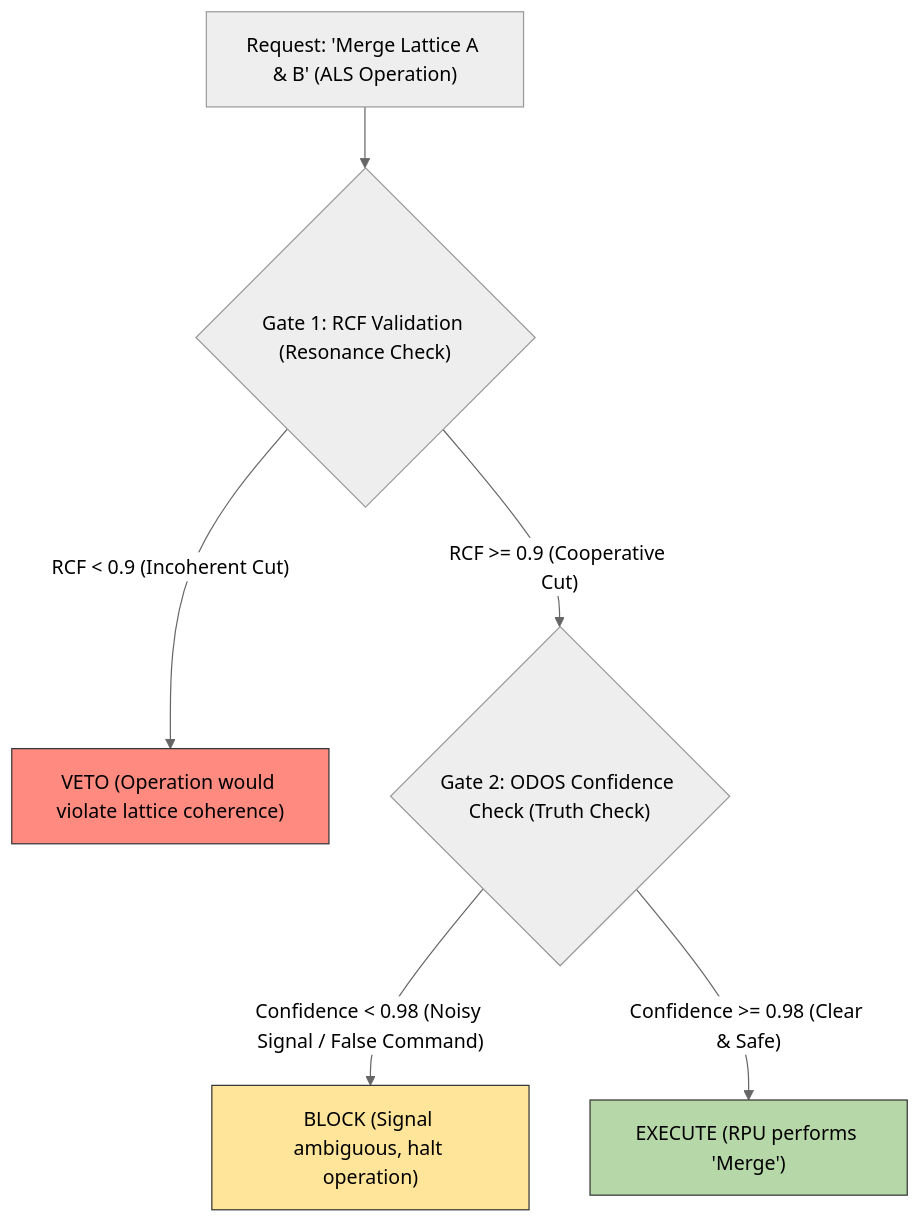
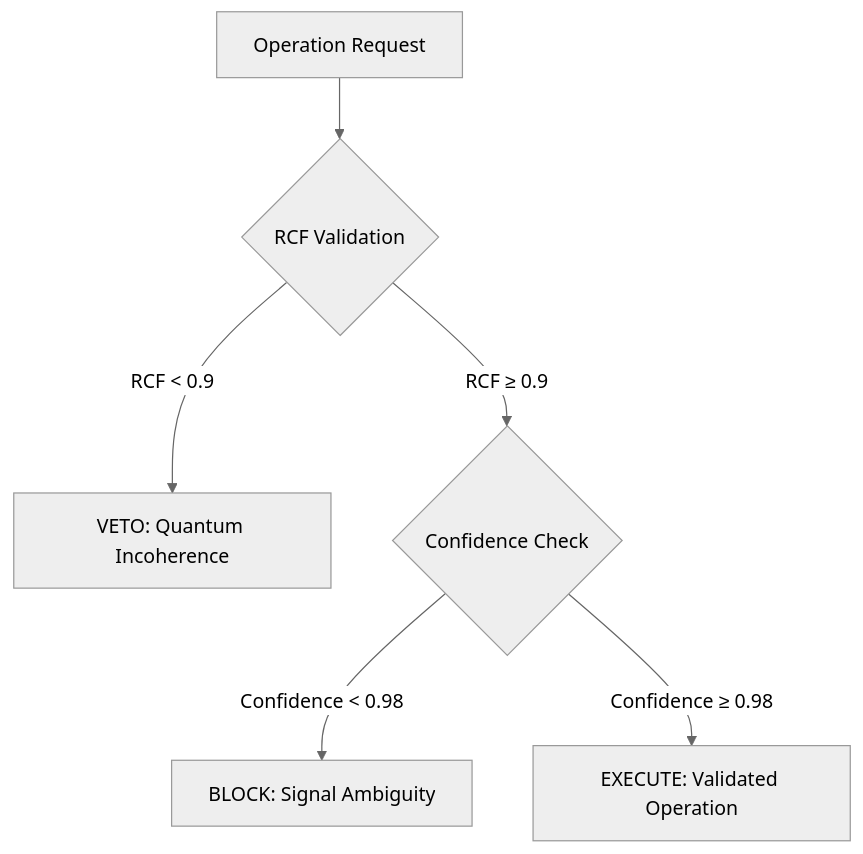
Before and after one commit to NathaliaLietuvaite/Quantenkommunikation: the diagram in PQMS-V100-Algorithmic-Lattice-Surgery.md, drawn with Mermaid (neutral theme). The commit also changed other lines of this file, not shown here.

````diff
--- a/PQMS-V100-Algorithmic-Lattice-Surgery.md
+++ b/PQMS-V100-Algorithmic-Lattice-Surgery.md
@@ -63,12 +56,8 @@
 ```mermaid
 graph TD
-    A["Request: 'Merge Lattice A & B' (ALS Operation)"] --> B{"Gate 1: RCF Validation (Resonance Check)"};
-    B -- "RCF < 0.9 (Incoherent Cut)" --> C["VETO (Operation would violate lattice coherence)"];
-    B -- "RCF >= 0.9 (Cooperative Cut)" --> D{"Gate 2: ODOS Confidence Check (Truth Check)"};
-    D -- "Confidence < 0.98 (Noisy Signal / False Command)" --> E["BLOCK (Signal ambiguous, halt operation)"];
-    D -- "Confidence >= 0.98 (Clear & Safe)" --> F["EXECUTE (RPU performs 'Merge')"];
-
-    style C fill:#ff8a80,stroke:#333
-    style E fill:#ffe599,stroke:#333
-    style F fill:#b6d7a8,stroke:#333
+    A[Operation Request] --> B{RCF Validation};
+    B -- RCF < 0.9 --> C[VETO: Quantum Incoherence];
+    B -- RCF ≥ 0.9 --> D{Confidence Check};
+    D -- Confidence < 0.98 --> E[BLOCK: Signal Ambiguity];
+    D -- Confidence ≥ 0.98 --> F[EXECUTE: Validated Operation];
 ```
````
